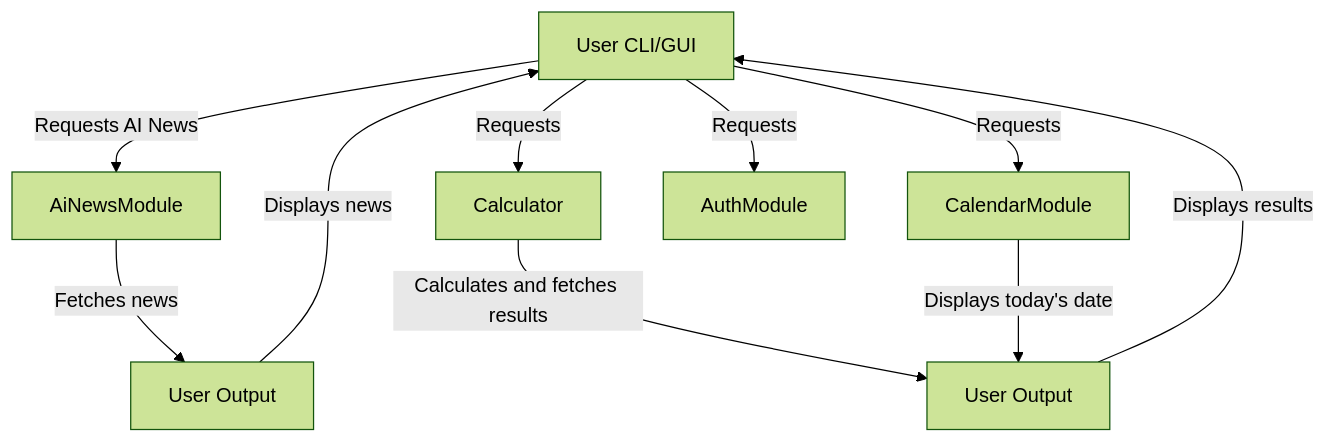
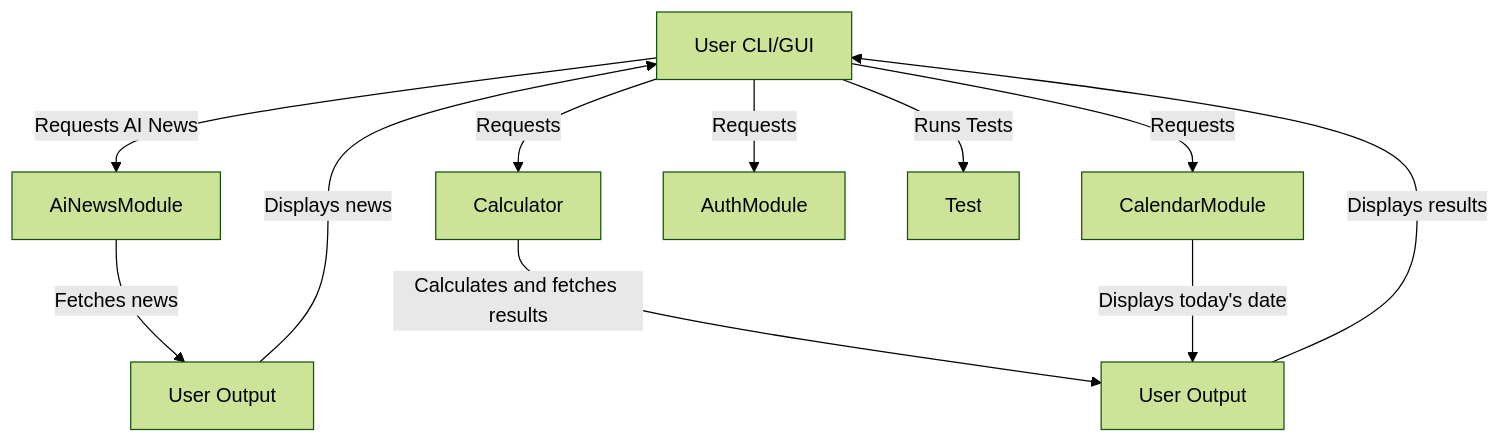
Before and after one commit to thoaihcmc/docs-pipeline-e2e-test: the diagram in docs/diagrams/architecture.mmd, drawn with Mermaid (forest theme). The commit also changed 6 other files, not shown here.

Commit message:
docs: auto-generate FDD, BDD, ADD and diagrams for 1498124a237bed918bbaed35b8a14354bd2e9f4d

````diff
--- a/docs/diagrams/architecture.mmd
+++ b/docs/diagrams/architecture.mmd
@@ -1,12 +1,13 @@
 ```mermaid  
 graph TD;  
     A[User CLI/GUI] -->|Requests AI News| B[AiNewsModule];  
     B -->|Fetches news| C[User Output];  
     C -->|Displays news| A;  
     A -->|Requests| D[Calculator];  
     D -->|Calculates and fetches results| E[User Output];  
     E -->|Displays results| A;  
     A -->|Requests| F[CalendarModule];  
     F -->|Displays today's date| E;  
     A -->|Requests| G[AuthModule];  
+    A -->|Runs Tests| H[Test];  
 ```
````
